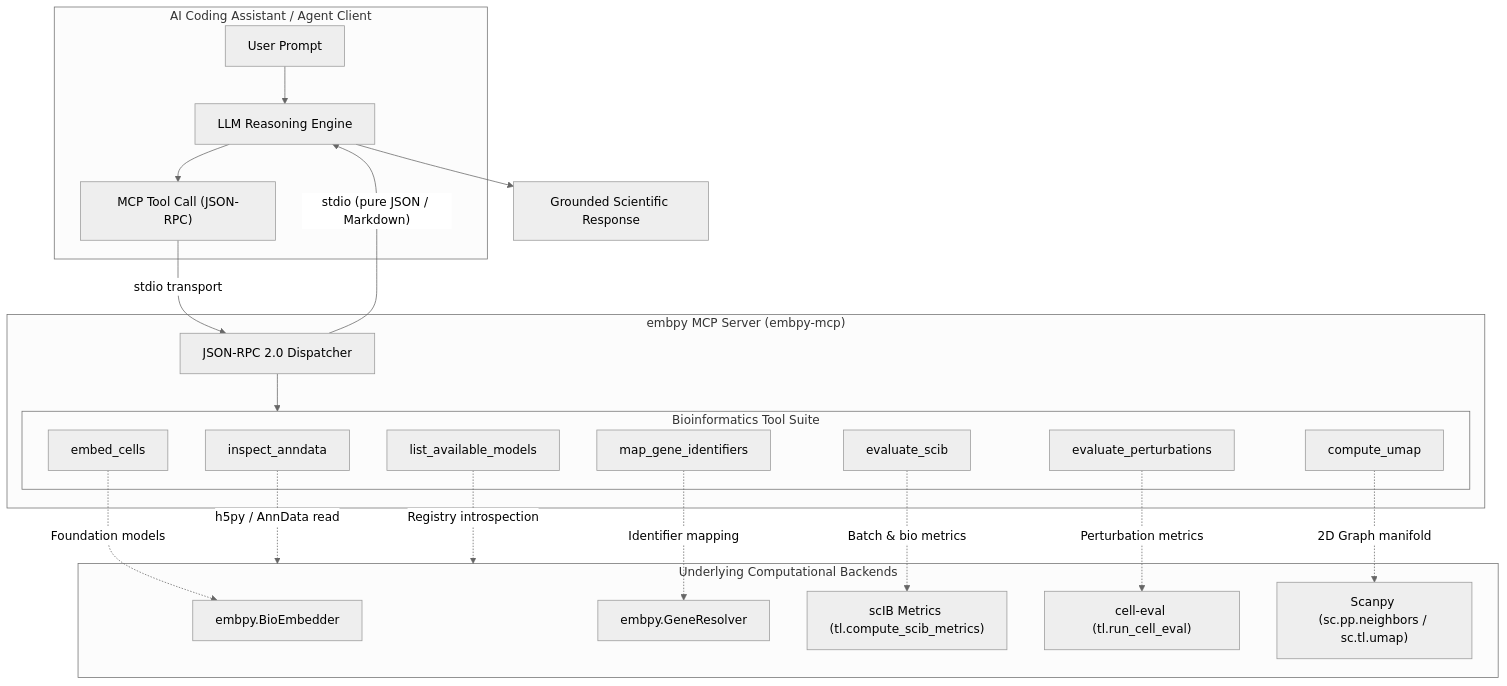
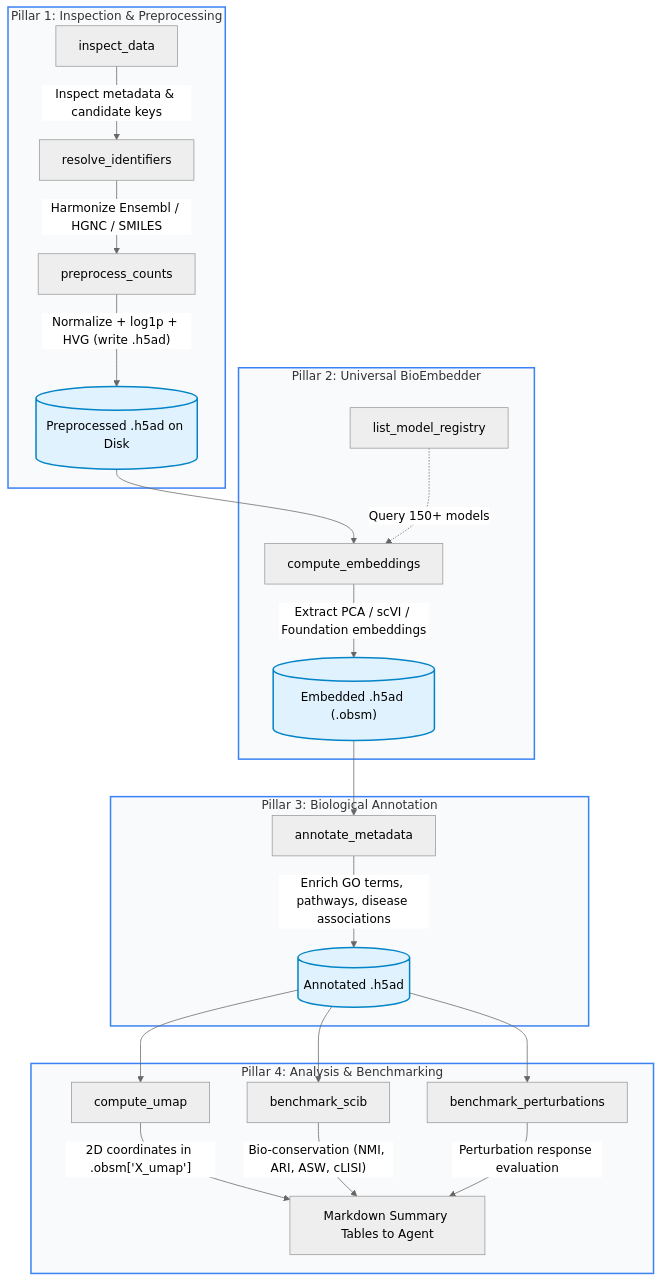
Before and after one commit to theislab/embpy: the diagram in docs/mcp/index.md, drawn with Mermaid (neutral theme). The commit also changed other lines of this file and 19 other files, not shown here.

First line of the commit message:
feat(mcp): implement universal autonomous MCP server and skills pipeline

````diff
--- a/docs/mcp/index.md
+++ b/docs/mcp/index.md
@@ -17,40 +33,34 @@
 ```mermaid
 flowchart TD
-    subgraph Client["AI Coding Assistant / Agent Client"]
-        User["User Prompt"] --> Agent["LLM Reasoning Engine"]
-        Agent --> ToolCall["MCP Tool Call (JSON-RPC)"]
+    subgraph PillarA["Pillar 1: Inspection & Preprocessing"]
+        T1["inspect_data"] -->|"Inspect metadata & candidate keys"| T2["resolve_identifiers"]
+        T2 -->|"Harmonize Ensembl / HGNC / SMILES"| T3["preprocess_counts"]
+        T3 -->|"Normalize + log1p + HVG (write .h5ad)"| D1[("Preprocessed .h5ad on Disk")]
     end
 
-    subgraph Server["embpy MCP Server (embpy-mcp)"]
-        RPC["JSON-RPC 2.0 Dispatcher"]
-        subgraph Tools["Bioinformatics Tool Suite"]
-            T1["inspect_anndata"]
-            T2["list_available_models"]
-            T3["map_gene_identifiers"]
-            T4["embed_cells"]
-            T5["evaluate_scib"]
-            T6["evaluate_perturbations"]
-            T7["compute_umap"]
-        end
-        RPC --> Tools
+    subgraph PillarB["Pillar 2: Universal BioEmbedder"]
+        D1 --> T5["compute_embeddings"]
+        T4["list_model_registry"] -.->|"Query 150+ models"| T5
+        T5 -->|"Extract PCA / scVI / Foundation embeddings"| D2[("Embedded .h5ad (.obsm)")]
     end
 
-    subgraph Backends["Underlying Computational Backends"]
-        BE["embpy.BioEmbedder"]
-        GR["embpy.GeneResolver"]
-        SCIB["scIB Metrics (tl.compute_scib_metrics)"]
-        CE["cell-eval (tl.run_cell_eval)"]
-        SCANPY["Scanpy (sc.pp.neighbors / sc.tl.umap)"]
+    subgraph PillarC["Pillar 3: Biological Annotation"]
+        D2 --> T6["annotate_metadata"]
+        T6 -->|"Enrich GO terms, pathways, disease associations"| D3[("Annotated .h5ad")]
     end
 
-    ToolCall -- "stdio transport" --> RPC
-    T1 -. "h5py / AnnData read" .-> Backends
-    T2 -. "Registry introspection" .-> Backends
-    T3 -. "Identifier mapping" .-> GR
-    T4 -. "Foundation models" .-> BE
-    T5 -. "Batch & bio metrics" .-> SCIB
-    T6 -. "Perturbation metrics" .-> CE
-    T7 -. "2D Graph manifold" .-> SCANPY
-    RPC -- "stdio (pure JSON / Markdown)" --> Agent
-    Agent --> UserResponse["Grounded Scientific Response"]
+    subgraph PillarD["Pillar 4: Analysis & Benchmarking"]
+        D3 --> T7["compute_umap"]
+        D3 --> T8["benchmark_scib"]
+        D3 --> T9["benchmark_perturbations"]
+        T7 -->|"2D coordinates in .obsm['X_umap']"| Summary["Markdown Summary Tables to Agent"]
+        T8 -->|"Bio-conservation (NMI, ARI, ASW, cLISI)"| Summary
+        T9 -->|"Perturbation response evaluation"| Summary
+    end
+
+    classDef pillar fill:#f8fafc,stroke:#3b82f6,stroke-width:2px;
+    classDef disk fill:#e0f2fe,stroke:#0284c7,stroke-width:2px;
+    classDef tool fill:#f0fdf4,stroke:#16a34a,stroke-width:2px;
+    class PillarA,PillarB,PillarC,PillarD pillar;
+    class D1,D2,D3 disk;
 ```
````
